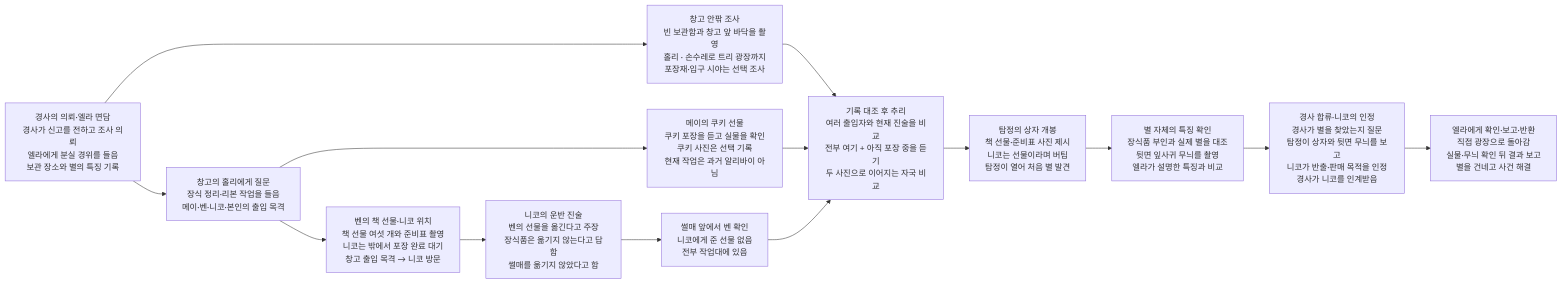
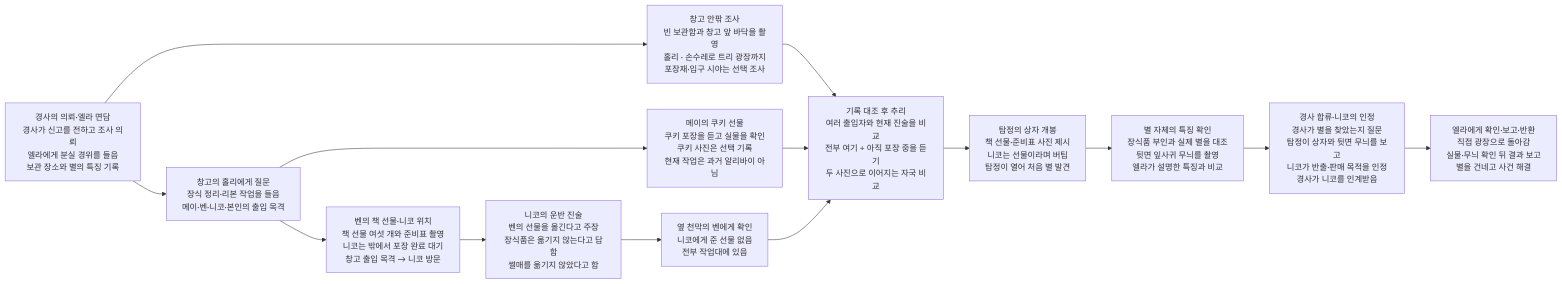
One commit to wonny95/detective-v2 changed the second of 2 diagrams in design/case-10-christmas-star.md. Above: the diagram before and after it, drawn with Mermaid. The commit also changed other lines of this file and 2 other files, not shown here.

````diff
--- a/design/case-10-christmas-star.md
+++ b/design/case-10-christmas-star.md
@@ -47,28 +47,28 @@
 ```mermaid
 flowchart LR
     s1["경사의 의뢰·엘라 면담<br/>경사가 신고를 전하고 조사 의뢰<br/>엘라에게 분실 경위를 들음<br/>보관 장소와 별의 특징 기록"]
     s2["창고의 홀리에게 질문<br/>장식 정리·리본 작업을 들음<br/>메이·벤·니코·본인의 출입 목격"]
     s3["창고 안팎 조사<br/>빈 보관함과 창고 앞 바닥을 촬영<br/>홀리 · 손수레로 트리 광장까지<br/>포장재·입구 시야는 선택 조사"]
     s4["메이의 쿠키 선물<br/>쿠키 포장을 듣고 실물을 확인<br/>쿠키 사진은 선택 기록<br/>현재 작업은 과거 알리바이 아님"]
     s5["벤의 책 선물·니코 위치<br/>책 선물 여섯 개와 준비표 촬영<br/>니코는 밖에서 포장 완료 대기<br/>창고 출입 목격 → 니코 방문"]
     s6["니코의 운반 진술<br/>벤의 선물을 옮긴다고 주장<br/>장식품은 옮기지 않는다고 답함<br/>썰매를 옮기지 않았다고 함"]
-    s7["썰매 앞에서 벤 확인<br/>니코에게 준 선물 없음<br/>전부 작업대에 있음"]
+    s7["옆 천막의 벤에게 확인<br/>니코에게 준 선물 없음<br/>전부 작업대에 있음"]
     s8["기록 대조 후 추리<br/>여러 출입자와 현재 진술을 비교<br/>전부 여기 + 아직 포장 중을 듣기<br/>두 사진으로 이어지는 자국 비교"]
     s9["탐정의 상자 개봉<br/>책 선물·준비표 사진 제시<br/>니코는 선물이라며 버팀<br/>탐정이 열어 처음 별 발견"]
     s10["별 자체의 특징 확인<br/>장식품 부인과 실제 별을 대조<br/>뒷면 잎사귀 무늬를 촬영<br/>엘라가 설명한 특징과 비교"]
     s11["경사 합류·니코의 인정<br/>경사가 별을 찾았는지 질문<br/>탐정이 상자와 뒷면 무늬를 보고<br/>니코가 반출·판매 목적을 인정<br/>경사가 니코를 인계받음"]
     s12["엘라에게 확인·보고·반환<br/>직접 광장으로 돌아감<br/>실물·무늬 확인 뒤 결과 보고<br/>별을 건네고 사건 해결"]
     s1 --> s2
     s1 --> s3
     s2 --> s4
     s2 --> s5
     s3 --> s8
     s4 --> s8
     s5 --> s6
     s6 --> s7
     s7 --> s8
     s8 --> s9
     s9 --> s10
     s10 --> s11
     s11 --> s12
 ```
````
